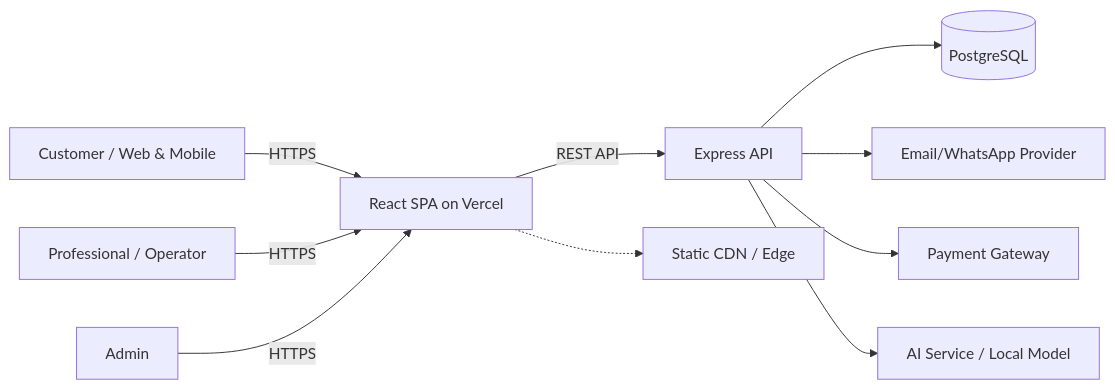
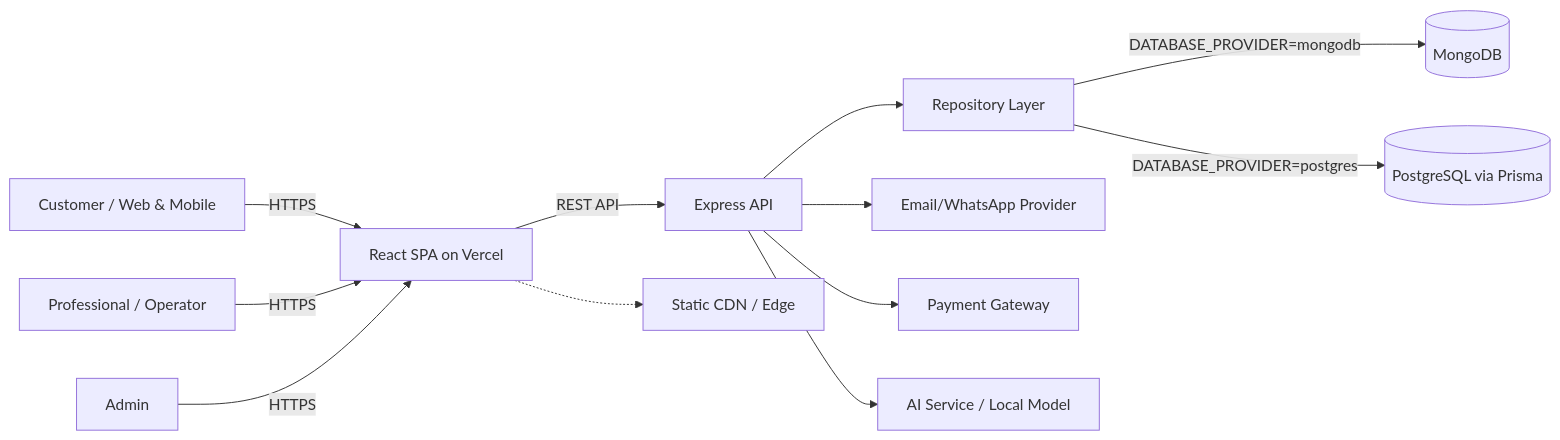
One commit to sundaydavid383/lbr-cleaning changed the second of 8 diagrams in PROJECT.md. Above: the diagram before and after it, drawn with Mermaid. The commit also changed other lines of this file and 731 other files, not shown here.

````diff
--- a/PROJECT.md
+++ b/PROJECT.md
@@ -120,12 +120,14 @@
 ```mermaid
 flowchart LR
     U[Customer / Web & Mobile] -->|HTTPS| FE[React SPA on Vercel]
     P[Professional / Operator] -->|HTTPS| FE
     A[Admin] -->|HTTPS| FE
     FE -->|REST API| BE[Express API]
-    BE --> DB[(PostgreSQL)]
+    BE --> REPO[Repository Layer]
+    REPO --> |DATABASE_PROVIDER=mongodb| MONGO[(MongoDB)]
+    REPO --> |DATABASE_PROVIDER=postgres| PG[(PostgreSQL via Prisma)]
     BE --> EMAIL[Email/WhatsApp Provider]
     BE --> PAY[Payment Gateway]
     BE --> AI[AI Service / Local Model]
     FE -.-> CDN[Static CDN / Edge]
 ```
````
